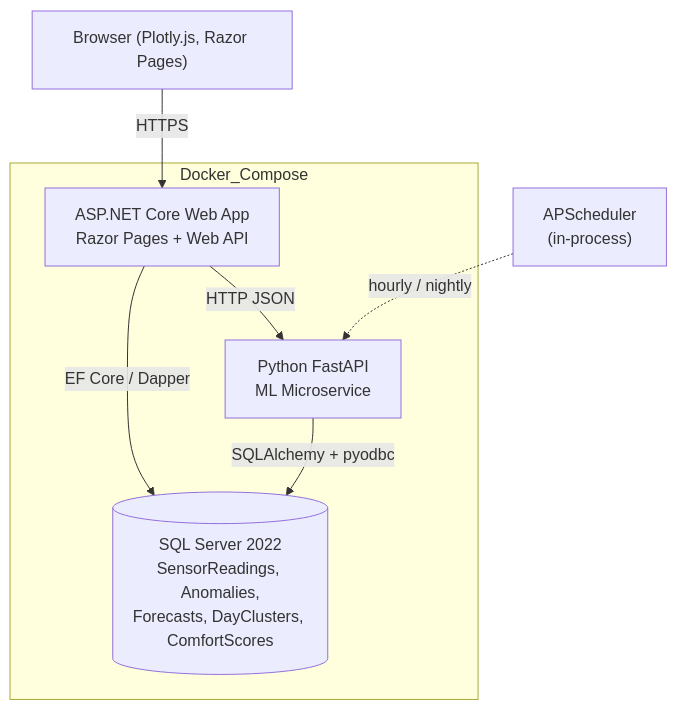
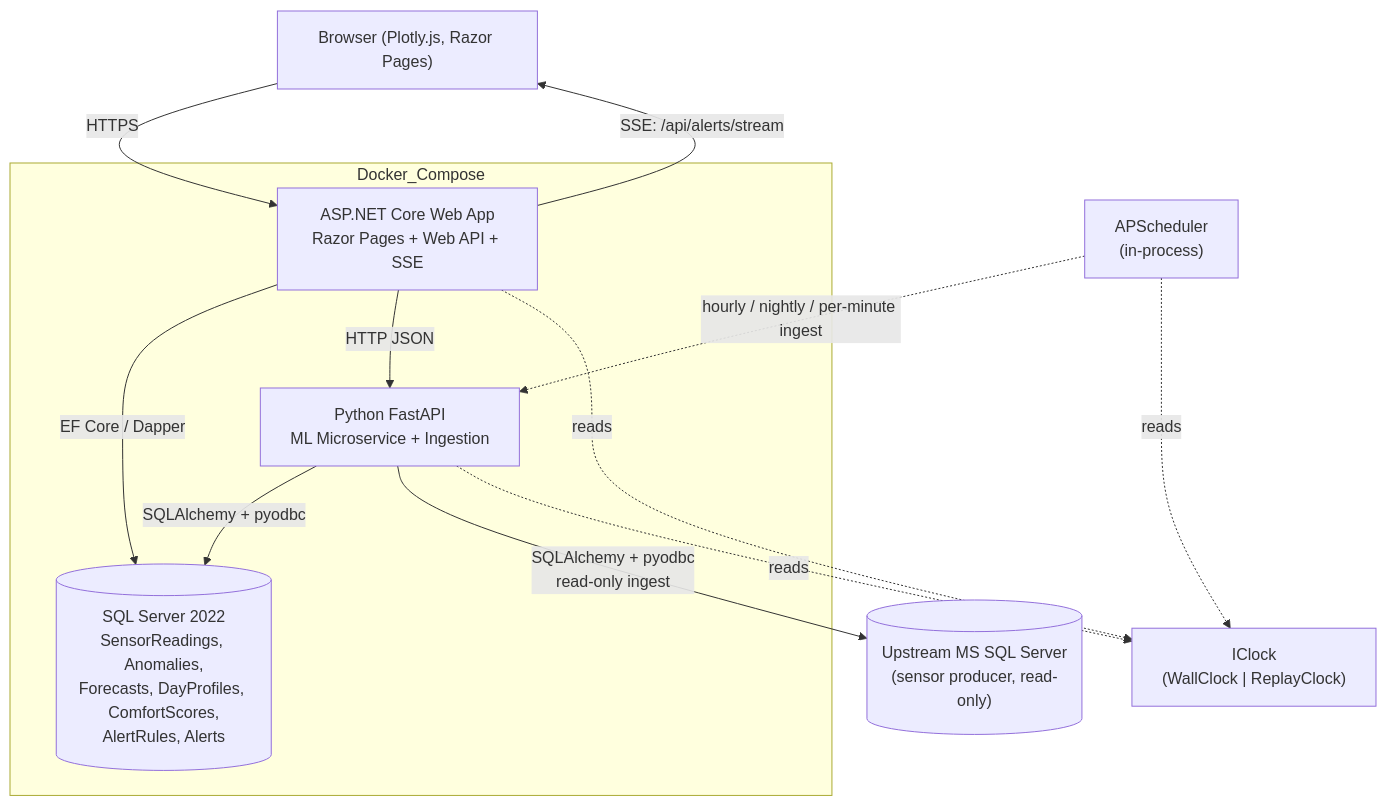
One commit to arthurkahwa/climasense changed the first of 6 diagrams in README.md. Above: the diagram before and after it, drawn with Mermaid. The commit also changed other lines of this file and 12 other files, not shown here.

````diff
--- a/README.md
+++ b/README.md
@@ -95,20 +96,27 @@
 ```mermaid
 graph TD
     Browser["Browser (Plotly.js, Razor Pages)"]
-    Web["ASP.NET Core Web App<br/>Razor Pages + Web API"]
-    ML["Python FastAPI<br/>ML Microservice"]
+    Web["ASP.NET Core Web App<br/>Razor Pages + Web API + SSE"]
+    ML["Python FastAPI<br/>ML Microservice + Ingestion"]
     Sched["APScheduler<br/>(in-process)"]
-    DB[("SQL Server 2022<br/>SensorReadings, Anomalies,<br/>Forecasts, DayClusters, ComfortScores")]
+    Clock["IClock<br/>(WallClock | ReplayClock)"]
+    DB[("SQL Server 2022<br/>SensorReadings, Anomalies,<br/>Forecasts, DayProfiles, ComfortScores,<br/>AlertRules, Alerts")]
+    Upstream[("Upstream MS SQL Server<br/>(sensor producer, read-only)")]
 
     Browser -->|HTTPS| Web
     Web -->|EF Core / Dapper| DB
     Web -->|HTTP JSON| ML
+    Web -->|SSE: /api/alerts/stream| Browser
     ML -->|SQLAlchemy + pyodbc| DB
-    Sched -.->|hourly / nightly| ML
+    ML -->|SQLAlchemy + pyodbc<br/>read-only ingest| Upstream
+    Sched -.->|hourly / nightly / per-minute ingest| ML
+    Web -.->|reads| Clock
+    ML -.->|reads| Clock
+    Sched -.->|reads| Clock
 
     subgraph Docker_Compose
         Web
         ML
         DB
     end
 ```
````
